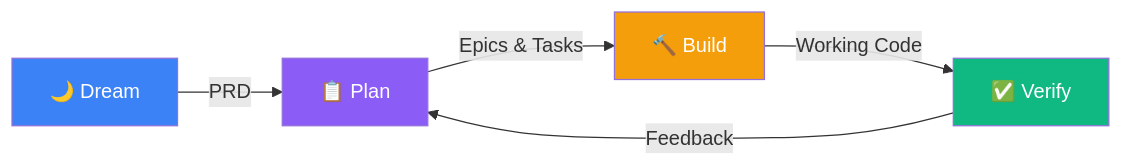
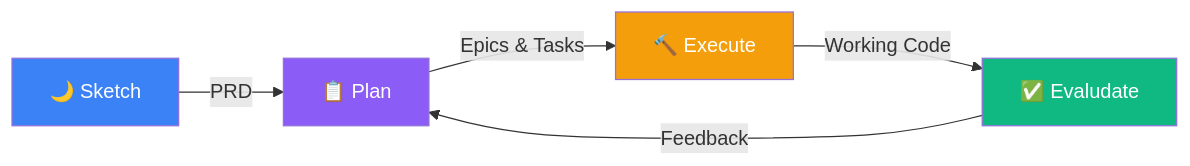
Before and after one commit to toddmedema/OpenSprint.ai: the diagram in README.md, drawn with Mermaid. The commit also changed other lines of this file, not shown here.

````diff
--- a/README.md
+++ b/README.md
@@ -81,12 +63,12 @@
 ```mermaid
 flowchart LR
-    A["🌙 Dream"] -->|PRD| B["📋 Plan"]
-    B -->|Epics & Tasks| C["🔨 Build"]
-    C -->|Working Code| D["✅ Verify"]
+    A["🌙 Sketch"] -->|PRD| B["📋 Plan"]
+    B -->|Epics & Tasks| C["🔨 Execute"]
+    C -->|Working Code| D["✅ Evaludate"]
     D -->|Feedback| B
 
     style A fill:#3B82F6,color:#fff
     style B fill:#8B5CF6,color:#fff
     style C fill:#F59E0B,color:#fff
     style D fill:#10B981,color:#fff
 ```
````
